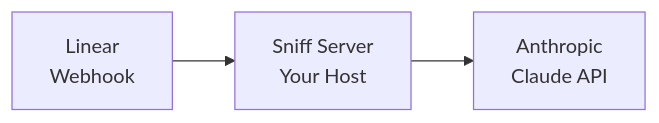
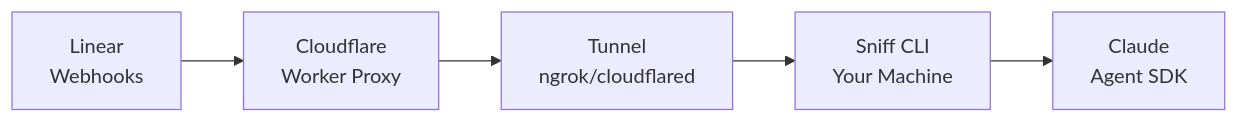
The diagram in apps/docs/introduction.mdx (caiopizzol/sniff), drawn with Mermaid before and after one commit. The commit also changed other lines of this file and 5 other files, not shown here.

````diff
--- a/apps/docs/introduction.mdx
+++ b/apps/docs/introduction.mdx
@@ -21,5 +21,7 @@
 ```mermaid
 flowchart LR
-  Linear[Linear<br/>Webhook] --> Sniff[Sniff Server<br/>Your Host]
-  Sniff --> Anthropic[Anthropic<br/>Claude API]
+  Linear[Linear<br/>Webhooks] --> Proxy[Cloudflare<br/>Worker Proxy]
+  Proxy --> Tunnel[Tunnel<br/>ngrok/cloudflared]
+  Tunnel --> CLI[Sniff CLI<br/>Your Machine]
+  CLI --> SDK[Claude<br/>Agent SDK]
 ```
````
